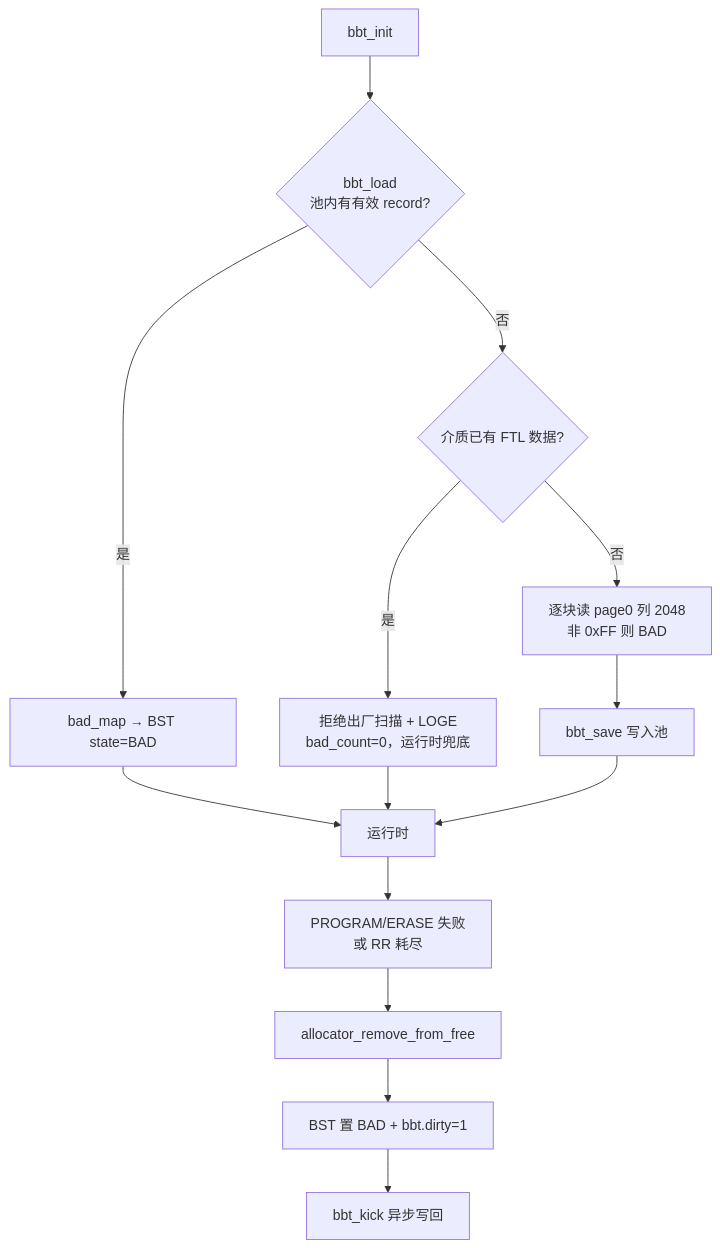
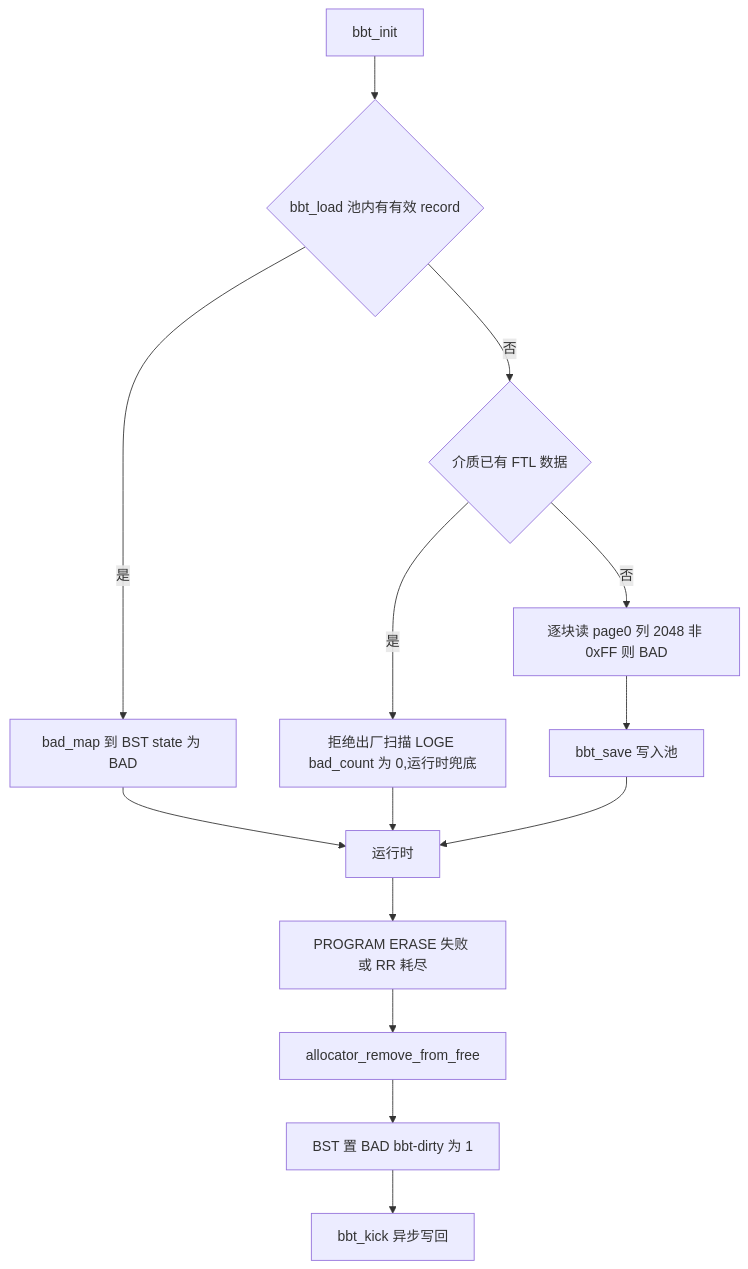
Before and after one commit to YzYMIAO/BASESSD: the fourth of 28 diagrams in docs/design/ftl_design.md, drawn with Mermaid. The commit also changed other lines of this file, not shown here.

First line of the commit message:
docs(ftl): 将 stateDiagram 全部改为 flowchart 并收敛标签字符集

````diff
--- a/docs/design/ftl_design.md
+++ b/docs/design/ftl_design.md
@@ -841,16 +848,16 @@
 ```mermaid
 flowchart TD
-    INIT["bbt_init"] --> LOAD{"bbt_load<br/>池内有有效 record?"}
-    LOAD -- "是" --> REBUILD["bad_map → BST state=BAD"]
-    LOAD -- "否" --> USED{"介质已有 FTL 数据?"}
-    USED -- "是" --> REJECT["拒绝出厂扫描 + LOGE<br/>bad_count=0，运行时兜底"]
-    USED -- "否" --> SCAN["逐块读 page0 列 2048<br/>非 0xFF 则 BAD"]
+    INIT["bbt_init"] --> LOAD{"bbt_load 池内有有效 record"}
+    LOAD -- "是" --> REBUILD["bad_map 到 BST state 为 BAD"]
+    LOAD -- "否" --> USED{"介质已有 FTL 数据"}
+    USED -- "是" --> REJECT["拒绝出厂扫描 LOGE bad_count 为 0,运行时兜底"]
+    USED -- "否" --> SCAN["逐块读 page0 列 2048 非 0xFF 则 BAD"]
     SCAN --> SAVE["bbt_save 写入池"]
     REBUILD --> RUN["运行时"]
     REJECT --> RUN
     SAVE --> RUN
-    RUN --> MARK["PROGRAM/ERASE 失败<br/>或 RR 耗尽"]
+    RUN --> MARK["PROGRAM ERASE 失败 或 RR 耗尽"]
     MARK --> EXPEL["allocator_remove_from_free"]
-    EXPEL --> BAD["BST 置 BAD + bbt.dirty=1"]
+    EXPEL --> BAD["BST 置 BAD bbt-dirty 为 1"]
     BAD --> KICK["bbt_kick 异步写回"]
 ```
````
